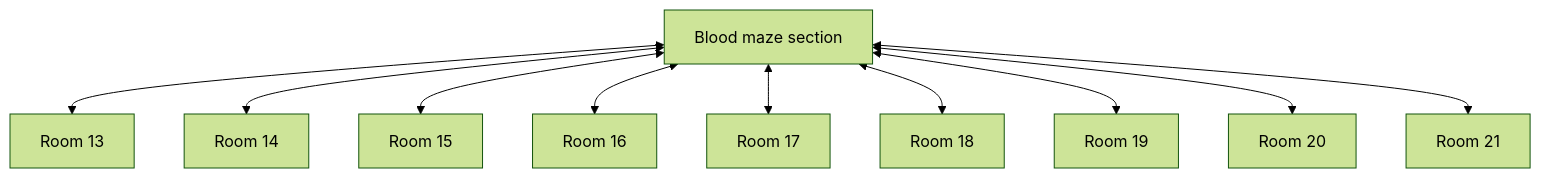
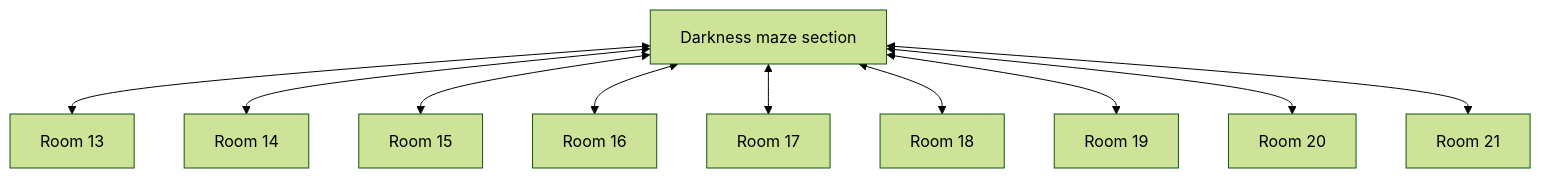
Before and after one commit to SlothBorg/Dungeon23: the fourth of 5 diagrams in Dungeon/Level_03/README.md, drawn with Mermaid (forest theme). The commit also changed other lines of this file and 4 other files, not shown here.

````diff
--- a/Dungeon/Level_03/README.md
+++ b/Dungeon/Level_03/README.md
@@ -39,13 +39,13 @@
 ```mermaid
 flowchart TD
-    Blood[Blood maze section] <-->C13[Room 13]
-    Blood <--> C14[Room 14]
-    Blood <--> C15[Room 15]
-    Blood <--> C16[Room 16]
-    Blood <--> C17[Room 17]
-    Blood <--> C18[Room 18]
-    Blood <--> C19[Room 19]
-    Blood <--> C20[Room 20]
-    Blood <--> C21[Room 21]
+    Darkness[Darkness maze section] <-->C13[Room 13]
+    Darkness <--> C14[Room 14]
+    Darkness <--> C15[Room 15]
+    Darkness <--> C16[Room 16]
+    Darkness <--> C17[Room 17]
+    Darkness <--> C18[Room 18]
+    Darkness <--> C19[Room 19]
+    Darkness <--> C20[Room 20]
+    Darkness <--> C21[Room 21]
 
 ```
````
